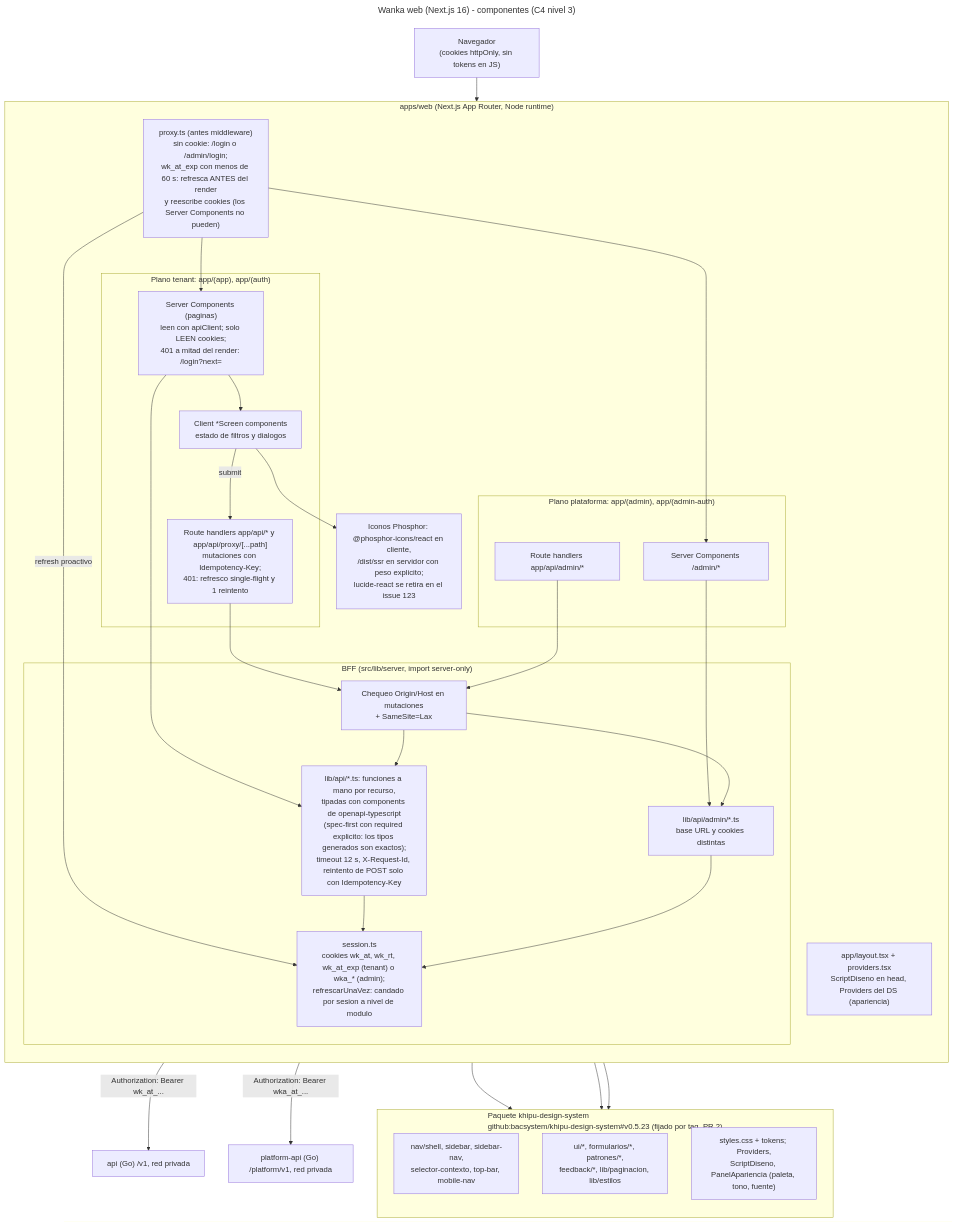
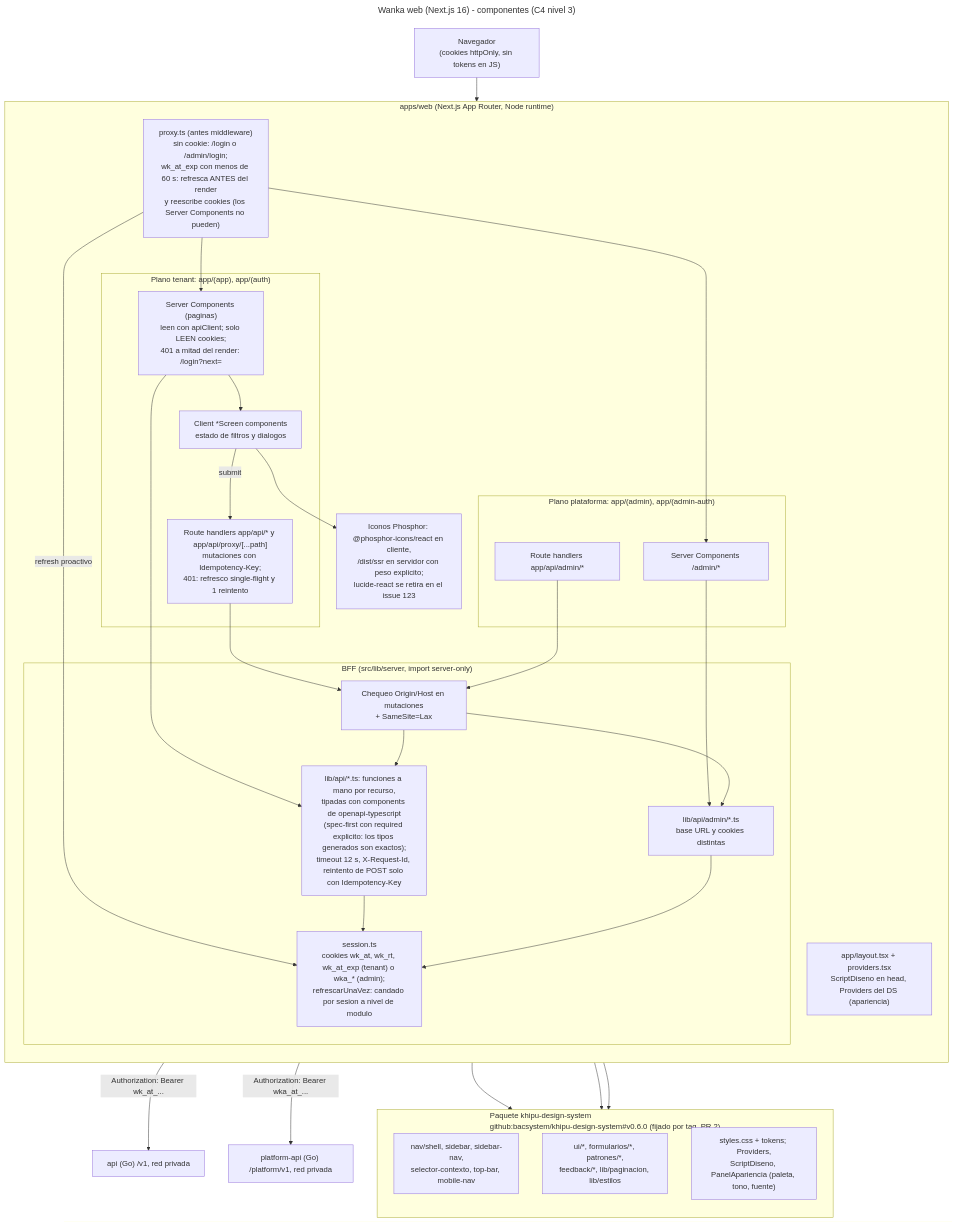
One commit to bacsystem/wanka changed the diagram in docs/architecture/c4/04-components-web.mmd. Above: the diagram before and after it, drawn with Mermaid. The commit also changed 6 other files, not shown here.

First line of the commit message:
chore(deps): bump khipu-design-system to v0.6.0 and drop the next peer override

```diff
--- a/docs/architecture/c4/04-components-web.mmd
+++ b/docs/architecture/c4/04-components-web.mmd
@@ -1,59 +1,59 @@
 ---
 title: Wanka web (Next.js 16) - componentes (C4 nivel 3)
 ---
 flowchart TB
   browser["Navegador<br/>(cookies httpOnly, sin tokens en JS)"]
 
-  subgraph ds["Paquete khipu-design-system<br/>github:bacsystem/khipu-design-system#v0.5.23 (fijado por tag, PR 2)"]
+  subgraph ds["Paquete khipu-design-system<br/>github:bacsystem/khipu-design-system#v0.6.0 (fijado por tag, PR 2)"]
     direction TB
     dsShell["nav/shell, sidebar, sidebar-nav,<br/>selector-contexto, top-bar, mobile-nav"]
     dsUi["ui/*, formularios/*, patrones/*,<br/>feedback/*, lib/paginacion, lib/estilos"]
     dsTheme["styles.css + tokens; Providers,<br/>ScriptDiseno, PanelApariencia (paleta, tono, fuente)"]
   end
 
   subgraph web["apps/web (Next.js App Router, Node runtime)"]
     direction TB
     proxy["proxy.ts (antes middleware)<br/>sin cookie: /login o /admin/login;<br/>wk_at_exp con menos de 60 s: refresca ANTES del render<br/>y reescribe cookies (los Server Components no pueden)"]
     providers["app/layout.tsx + providers.tsx<br/>ScriptDiseno en head, Providers del DS (apariencia)"]
     icons["Iconos Phosphor: @phosphor-icons/react en cliente,<br/>/dist/ssr en servidor con peso explicito;<br/>lucide-react se retira en el issue 123"]
 
     subgraph tenantUi["Plano tenant: app/(app), app/(auth)"]
       rsc["Server Components (paginas)<br/>leen con apiClient; solo LEEN cookies;<br/>401 a mitad del render: /login?next="]
       screens["Client *Screen components<br/>estado de filtros y dialogos"]
       actions["Route handlers app/api/* y app/api/proxy/[...path]<br/>mutaciones con Idempotency-Key;<br/>401: refresco single-flight y 1 reintento"]
     end
 
     subgraph adminUi["Plano plataforma: app/(admin), app/(admin-auth)"]
       adminRsc["Server Components /admin/*"]
       adminActions["Route handlers app/api/admin/*"]
     end
 
     subgraph bff["BFF (src/lib/server, import server-only)"]
       session["session.ts<br/>cookies wk_at, wk_rt, wk_at_exp (tenant) o wka_* (admin);<br/>refrescarUnaVez: candado por sesion a nivel de modulo"]
       apiClient["lib/api/*.ts: funciones a mano por recurso,<br/>tipadas con components de openapi-typescript<br/>(spec-first con required explicito: los tipos generados son exactos);<br/>timeout 12 s, X-Request-Id, reintento de POST solo con Idempotency-Key"]
       adminClient["lib/api/admin/*.ts<br/>base URL y cookies distintas"]
       csrf["Chequeo Origin/Host en mutaciones<br/>+ SameSite=Lax"]
     end
   end
 
   api["api (Go) /v1, red privada"]
   papi["platform-api (Go) /platform/v1, red privada"]
 
   browser --> proxy
   proxy -->|"refresh proactivo"| session
   proxy --> rsc
   proxy --> adminRsc
   providers --> dsTheme
   rsc --> dsShell
   screens --> dsUi
   screens --> icons
   rsc --> screens
   screens -->|"submit"| actions
   rsc --> apiClient
   actions --> csrf --> apiClient
   adminRsc --> adminClient
   adminActions --> csrf --> adminClient
   apiClient --> session
   adminClient --> session
   apiClient -->|"Authorization: Bearer wk_at_..."| api
   adminClient -->|"Authorization: Bearer wka_at_..."| papi
```
